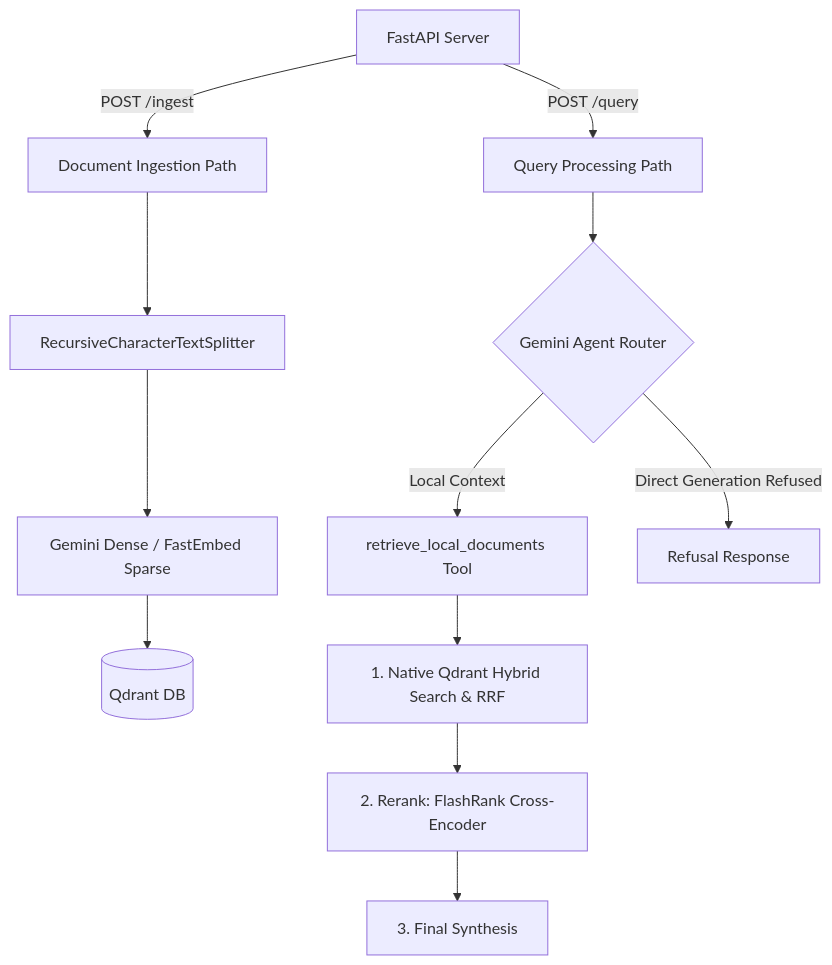
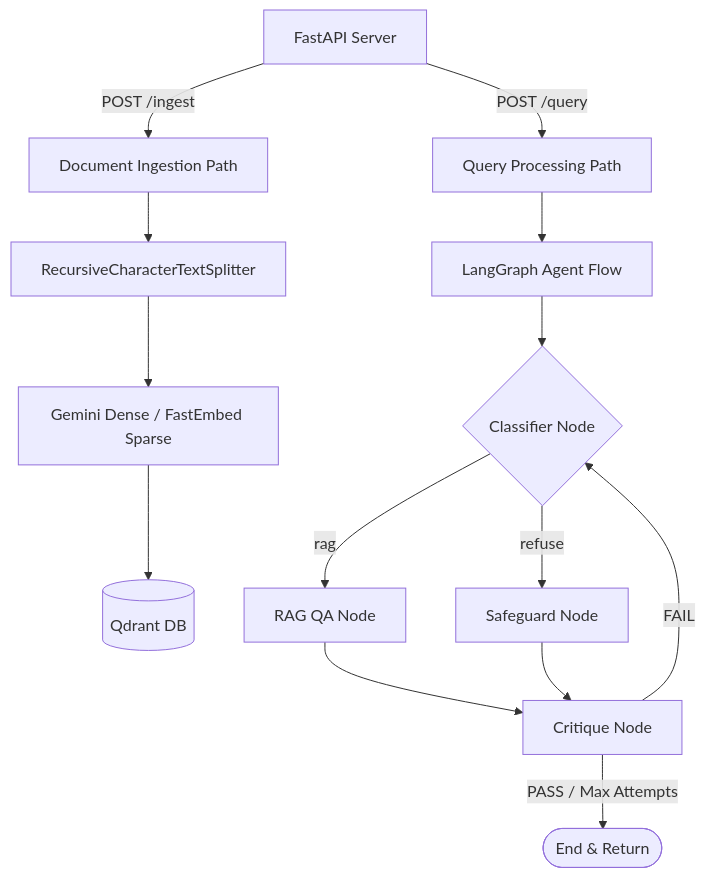
The second of 4 diagrams in README.md (boycececil666gmailcom/rag-chatbot), drawn with Mermaid before and after one commit. The commit also changed other lines of this file and 7 other files, not shown here.

Commit message:
feat: implement RAG agent flow with classification, retrieval, and critique nodes alongside unit tests

````diff
--- a/README.md
+++ b/README.md
@@ -89,20 +89,24 @@
 ```mermaid
 graph TD
     Server[FastAPI Server]
     
     %% Ingest path
     Server -->|POST /ingest| Ingest[Document Ingestion Path]
     Ingest --> Split[RecursiveCharacterTextSplitter]
     Split --> Embed[Gemini Dense / FastEmbed Sparse]
     Embed --> DB[(Qdrant DB)]
 
     %% Query path
     Server -->|POST /query| Query[Query Processing Path]
-    Query --> Router{Gemini Agent Router}
-    Router -->|Local Context| Local[retrieve_local_documents Tool]
-    Router -->|Direct Generation Refused| Direct[Refusal Response]
+    Query --> Graph[LangGraph Agent Flow]
+    Graph --> Classifier{Classifier Node}
     
-    Local --> HybridSearch[1. Native Qdrant Hybrid Search & RRF]
-    HybridSearch --> Rerank[2. Rerank: FlashRank Cross-Encoder]
-    Rerank --> Synth[3. Final Synthesis]
+    Classifier -->|rag| QA[RAG QA Node]
+    Classifier -->|refuse| Safeguard[Safeguard Node]
+    
+    QA --> Critique[Critique Node]
+    Safeguard --> Critique
+    
+    Critique -->|PASS / Max Attempts| End([End & Return])
+    Critique -->|FAIL| Classifier
 ```
````
